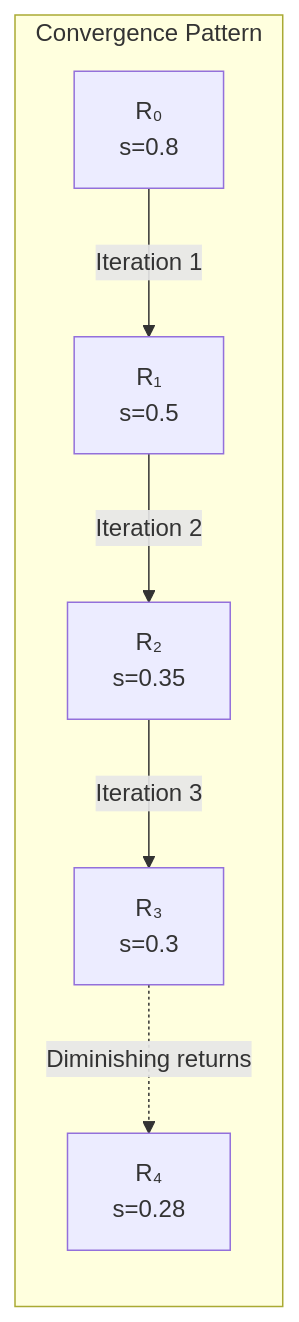
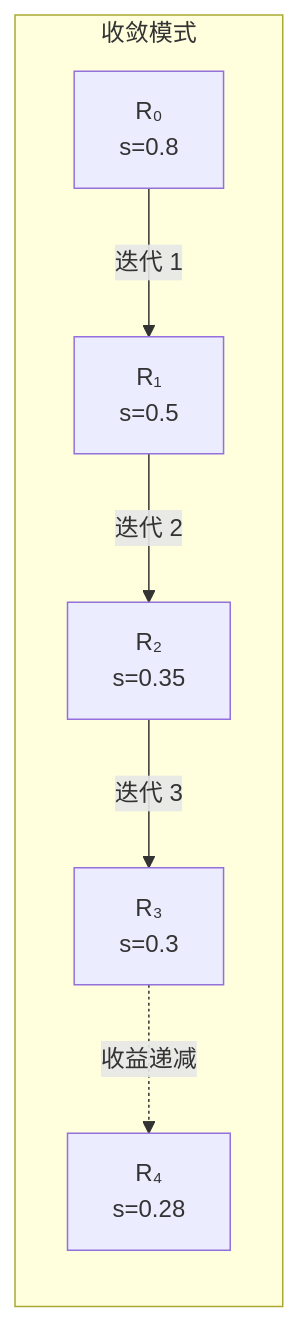
Before and after one commit to vllm-project/semantic-router: the fourth of 14 diagrams in website/i18n/zh-Hans/docusaurus-plugin-content-docs/current/proposals/hallucination-mitigation-milestone.md, drawn with Mermaid. The commit also changed other lines of this file and 7 other files, not shown here.

````diff
--- a/website/i18n/zh-Hans/docusaurus-plugin-content-docs/current/proposals/hallucination-mitigation-milestone.md
+++ b/website/i18n/zh-Hans/docusaurus-plugin-content-docs/current/proposals/hallucination-mitigation-milestone.md
@@ -431,9 +425,9 @@
 ```mermaid
 graph LR
-    subgraph "Convergence Pattern"
-        R0[R₀<br/>s=0.8] -->|Iteration 1| R1[R₁<br/>s=0.5]
-        R1 -->|Iteration 2| R2[R₂<br/>s=0.35]
-        R2 -->|Iteration 3| R3[R₃<br/>s=0.3]
-        R3 -.->|Diminishing returns| R4[R₄<br/>s=0.28]
+    subgraph "收敛模式"
+        R0[R₀<br/>s=0.8] -->|迭代 1| R1[R₁<br/>s=0.5]
+        R1 -->|迭代 2| R2[R₂<br/>s=0.35]
+        R2 -->|迭代 3| R3[R₃<br/>s=0.3]
+        R3 -.->|收益递减| R4[R₄<br/>s=0.28]
     end
 ```
````
